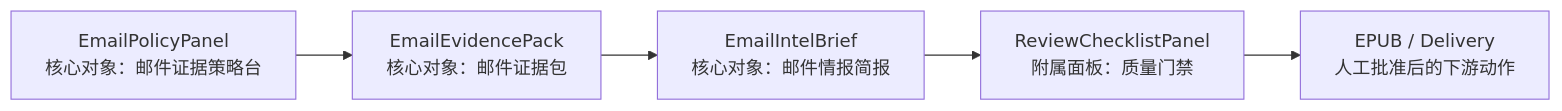
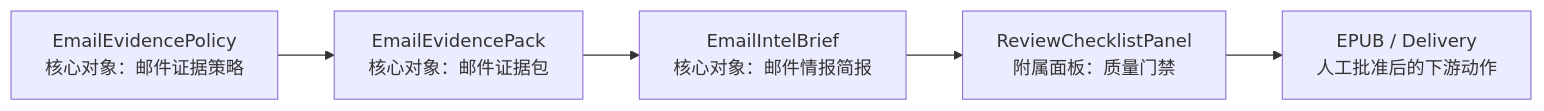
The diagram in plans/podsum-email-summary-master-plan.md (arlishansenn/podsum), drawn with Mermaid before and after one commit. The commit also changed other lines of this file and 6 other files, not shown here.

````diff
--- a/plans/podsum-email-summary-master-plan.md
+++ b/plans/podsum-email-summary-master-plan.md
@@ -35,7 +35,7 @@
 ```mermaid
 flowchart LR
-  P["EmailPolicyPanel<br/>核心对象：邮件证据策略台"] --> E["EmailEvidencePack<br/>核心对象：邮件证据包"]
+  P["EmailEvidencePolicy<br/>核心对象：邮件证据策略"] --> E["EmailEvidencePack<br/>核心对象：邮件证据包"]
   E --> B["EmailIntelBrief<br/>核心对象：邮件情报简报"]
   B --> R["ReviewChecklistPanel<br/>附属面板：质量门禁"]
   R --> X["EPUB / Delivery<br/>人工批准后的下游动作"]
 ```
````
